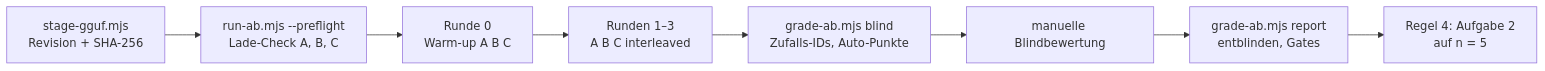
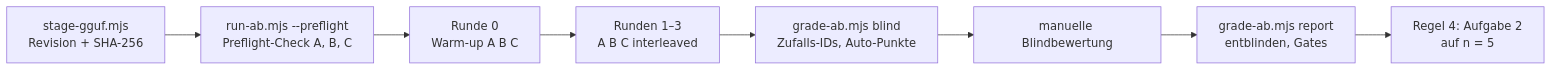
The diagram in docs/research/2026-10-31-modell-ab.md (croesnick/kommunalpolitik_ki), drawn with Mermaid before and after one commit. The commit also changed other lines of this file and 2 other files, not shown here.

First line of the commit message:
Labbook #285: Gesamtdauer, Prüfergebnis, Preflight-Check statt Wandzeit, Verdikt, Lade-Check

````diff
--- a/docs/research/2026-10-31-modell-ab.md
+++ b/docs/research/2026-10-31-modell-ab.md
@@ -115,10 +117,10 @@
 ```mermaid
 flowchart LR
-  S[stage-gguf.mjs<br/>Revision + SHA-256] --> P[run-ab.mjs --preflight<br/>Lade-Check A, B, C]
+  S[stage-gguf.mjs<br/>Revision + SHA-256] --> P[run-ab.mjs --preflight<br/>Preflight-Check A, B, C]
   P --> W[Runde 0<br/>Warm-up A B C]
   W --> M[Runden 1–3<br/>A B C interleaved]
   M --> BL[grade-ab.mjs blind<br/>Zufalls-IDs, Auto-Punkte]
   BL --> G[manuelle Blindbewertung]
   G --> R[grade-ab.mjs report<br/>entblinden, Gates]
   R --> N[Regel 4: Aufgabe 2<br/>auf n = 5]
 ```
````
